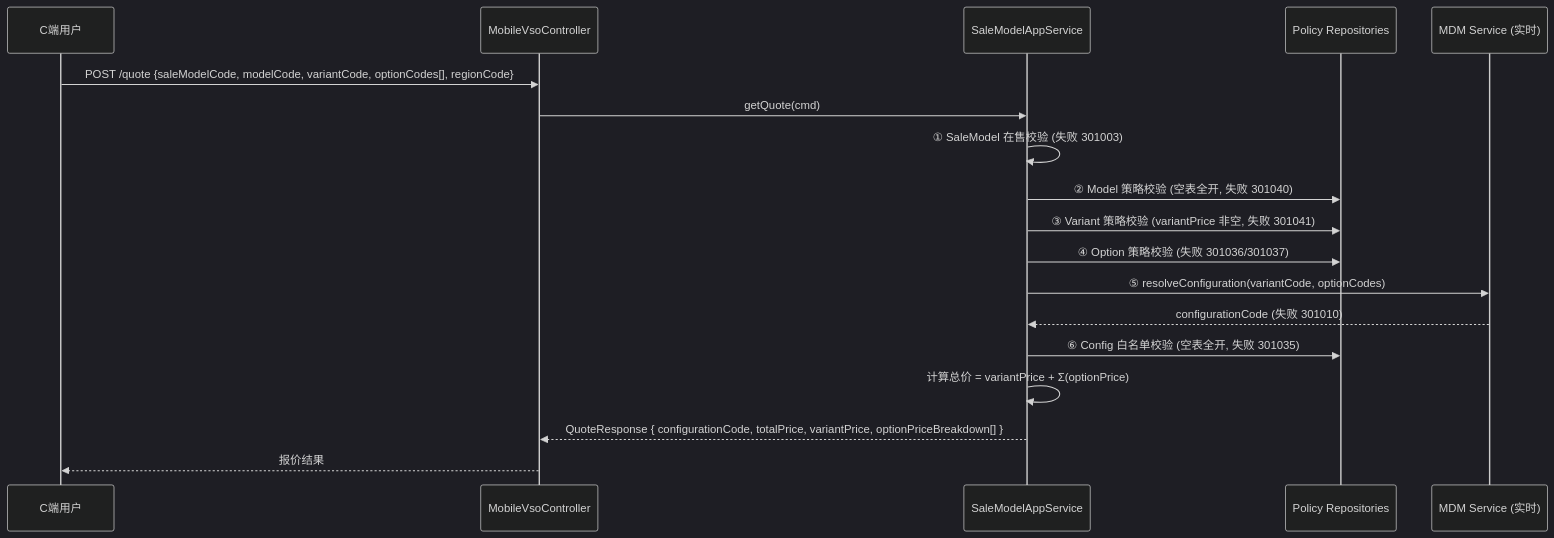
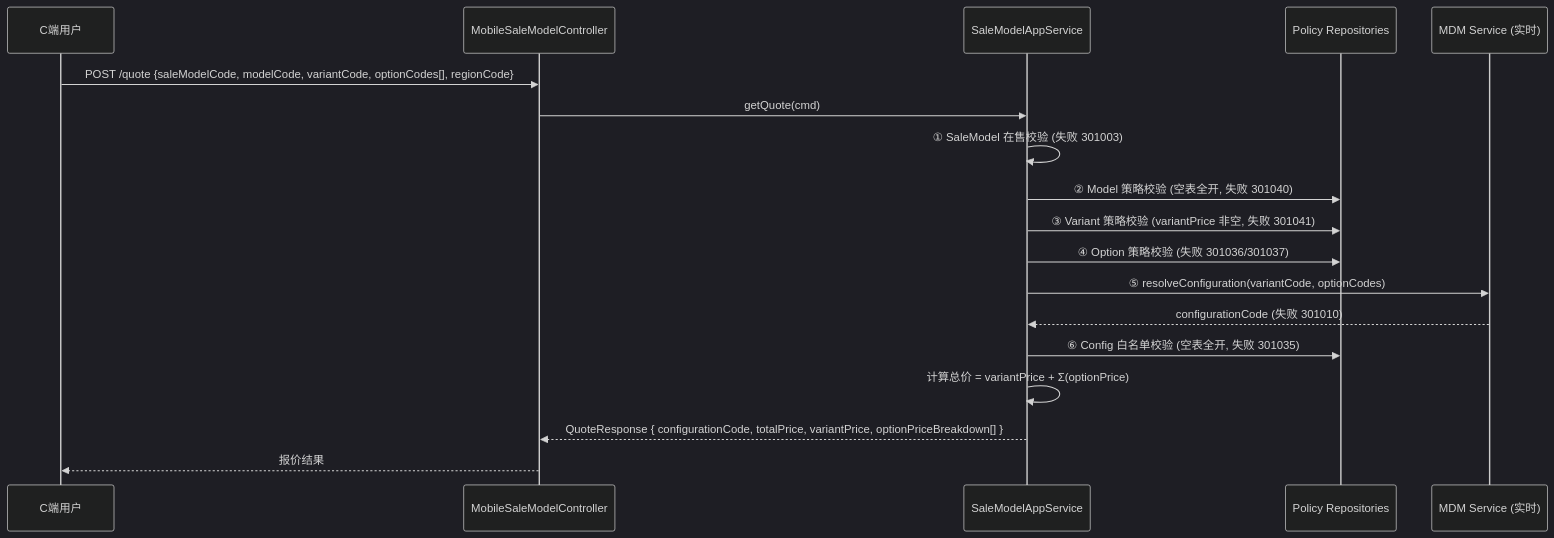
Before and after one commit to hwyzleo/iov-cloud-otd-vso: diagram 20 of 28 in specs/vehicle-sale-order/design.md, drawn with Mermaid (dark theme). The commit also changed other lines of this file and 16 other files, not shown here.

````diff
--- a/specs/vehicle-sale-order/design.md
+++ b/specs/vehicle-sale-order/design.md
@@ -1450,23 +1454,23 @@
 ```mermaid
 sequenceDiagram
     participant U as C端用户
-    participant MC as MobileVsoController
+    participant MC as MobileSaleModelController
     participant SMAS as SaleModelAppService
     participant POL as Policy Repositories
     participant MDM as MDM Service (实时)
 
     U->>MC: POST /quote {saleModelCode, modelCode, variantCode, optionCodes[], regionCode}
     MC->>SMAS: getQuote(cmd)
 
     SMAS->>SMAS: ① SaleModel 在售校验 (失败 301003)
     SMAS->>POL: ② Model 策略校验 (空表全开, 失败 301040)
     SMAS->>POL: ③ Variant 策略校验 (variantPrice 非空, 失败 301041)
     SMAS->>POL: ④ Option 策略校验 (失败 301036/301037)
     SMAS->>MDM: ⑤ resolveConfiguration(variantCode, optionCodes)
     MDM-->>SMAS: configurationCode (失败 301010)
     SMAS->>POL: ⑥ Config 白名单校验 (空表全开, 失败 301035)
 
     SMAS->>SMAS: 计算总价 = variantPrice + Σ(optionPrice)
     SMAS-->>MC: QuoteResponse { configurationCode, totalPrice, variantPrice, optionPriceBreakdown[] }
     MC-->>U: 报价结果
 ```
````
